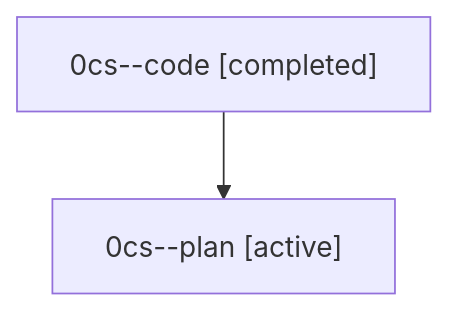
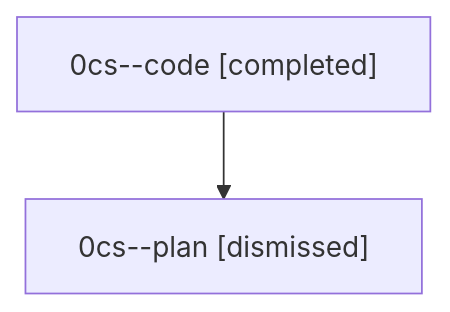
The diagram in sessions/bbugyi200.athena.0cs.md (sase-org/sase--agents), drawn with Mermaid before and after one commit. The commit also changed other lines of this file and 24 other files, not shown here.

````diff
--- a/sessions/bbugyi200.athena.0cs.md
+++ b/sessions/bbugyi200.athena.0cs.md
@@ -9,6 +9,6 @@
 ```mermaid
 flowchart TD
   n0["0cs--code [completed]"]
-  n1["0cs--plan [active]"]
+  n1["0cs--plan [dismissed]"]
   n0 --> n1
 ```
````
